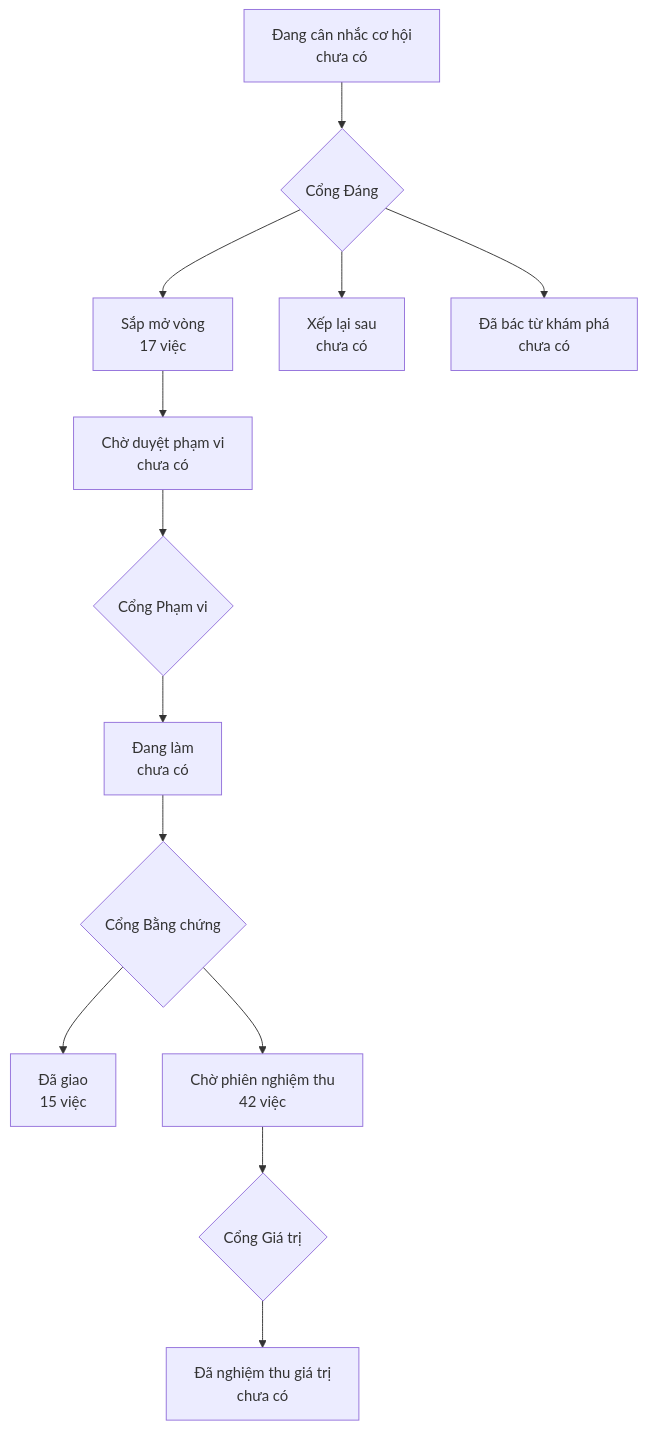
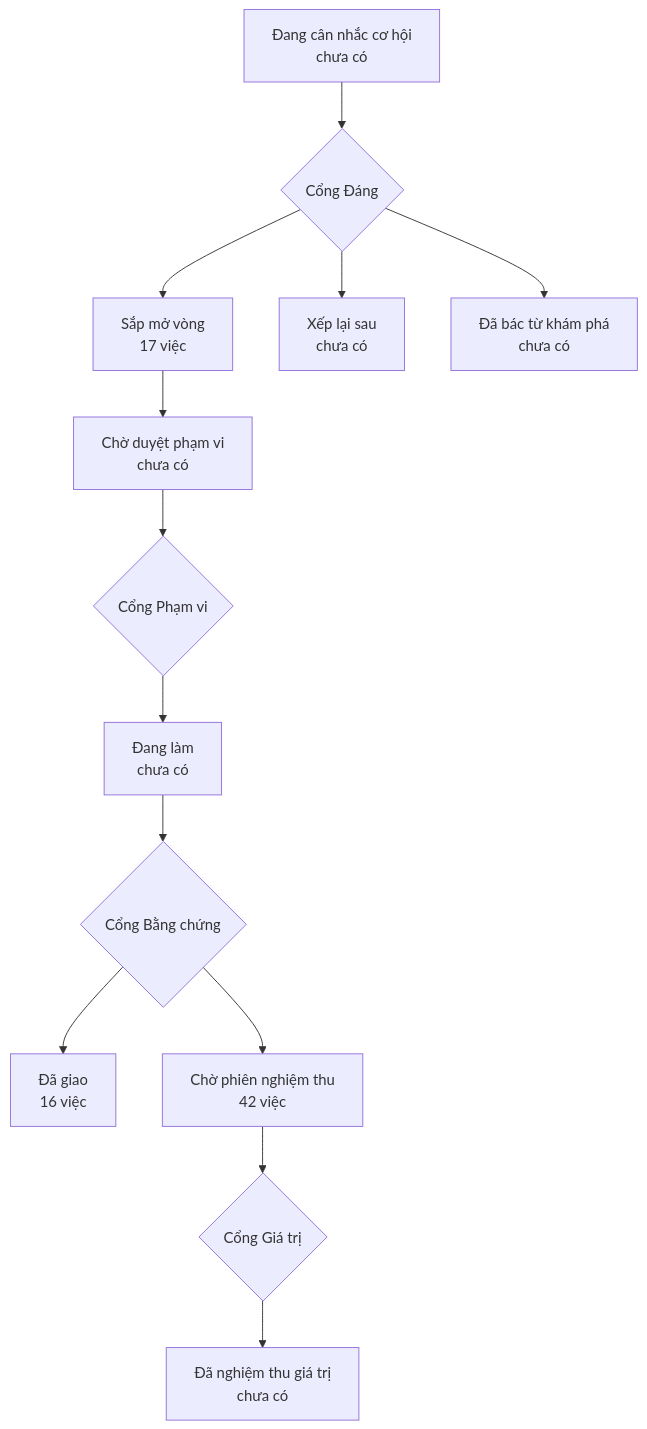
One commit to phanlemanh/onehub-quy-hang changed the diagram in PRODUCT-MAP.md. Above: the diagram before and after it, drawn with Mermaid. The commit also changed other lines of this file and 1 other file, not shown here.

Commit message:
chore(dieu-phoi): vẽ lại bản đồ sau gộp main

````diff
--- a/PRODUCT-MAP.md
+++ b/PRODUCT-MAP.md
@@ -7,12 +7,12 @@
 ```mermaid
 flowchart TD
   A["Đang cân nhắc cơ hội<br/>chưa có"] --> GD{"Cổng Đáng"}
   GD --> B["Sắp mở vòng<br/>17 việc"]
   GD --> XL["Xếp lại sau<br/>chưa có"]
   GD --> DB["Đã bác từ khám phá<br/>chưa có"]
   B --> CD["Chờ duyệt phạm vi<br/>chưa có"] --> GP{"Cổng Phạm vi"}
   GP --> DL["Đang làm<br/>chưa có"] --> GB{"Cổng Bằng chứng"}
-  GB --> DG["Đã giao<br/>15 việc"]
+  GB --> DG["Đã giao<br/>16 việc"]
   GB --> CN["Chờ phiên nghiệm thu<br/>42 việc"] --> GG{"Cổng Giá trị"}
   GG --> NT["Đã nghiệm thu giá trị<br/>chưa có"]
 ```
````
